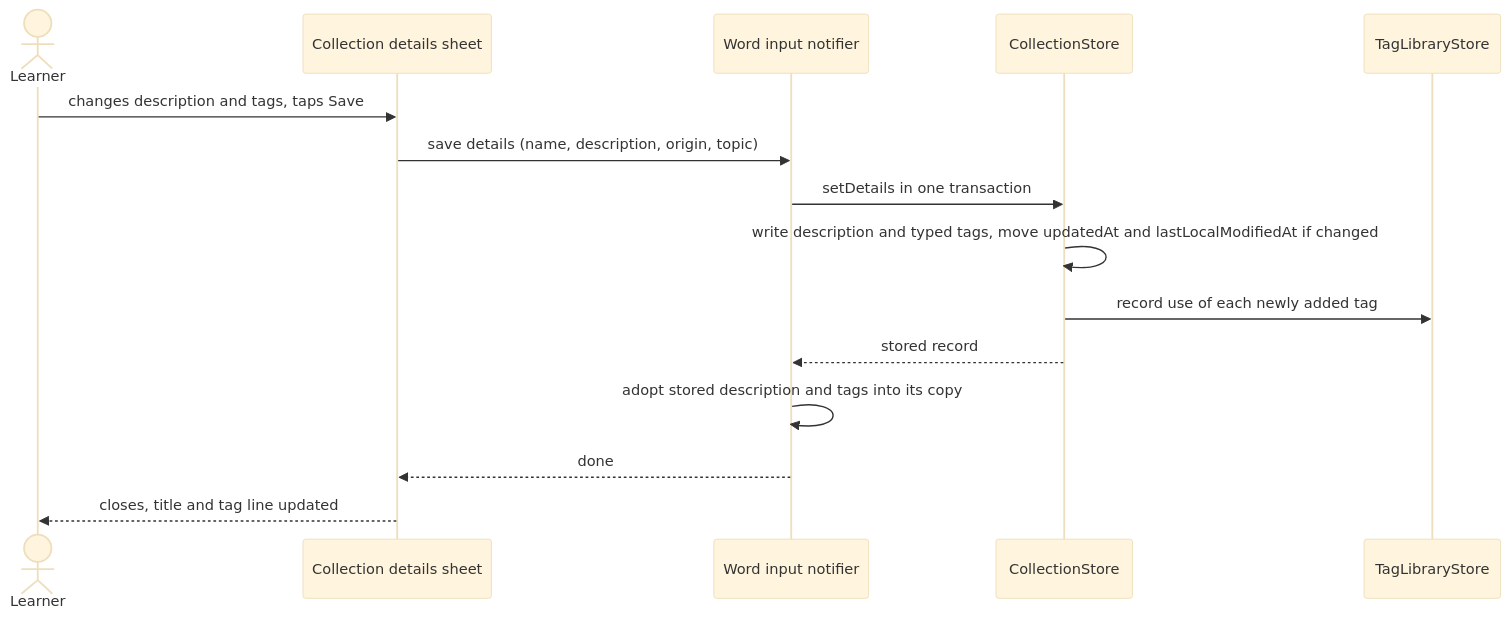
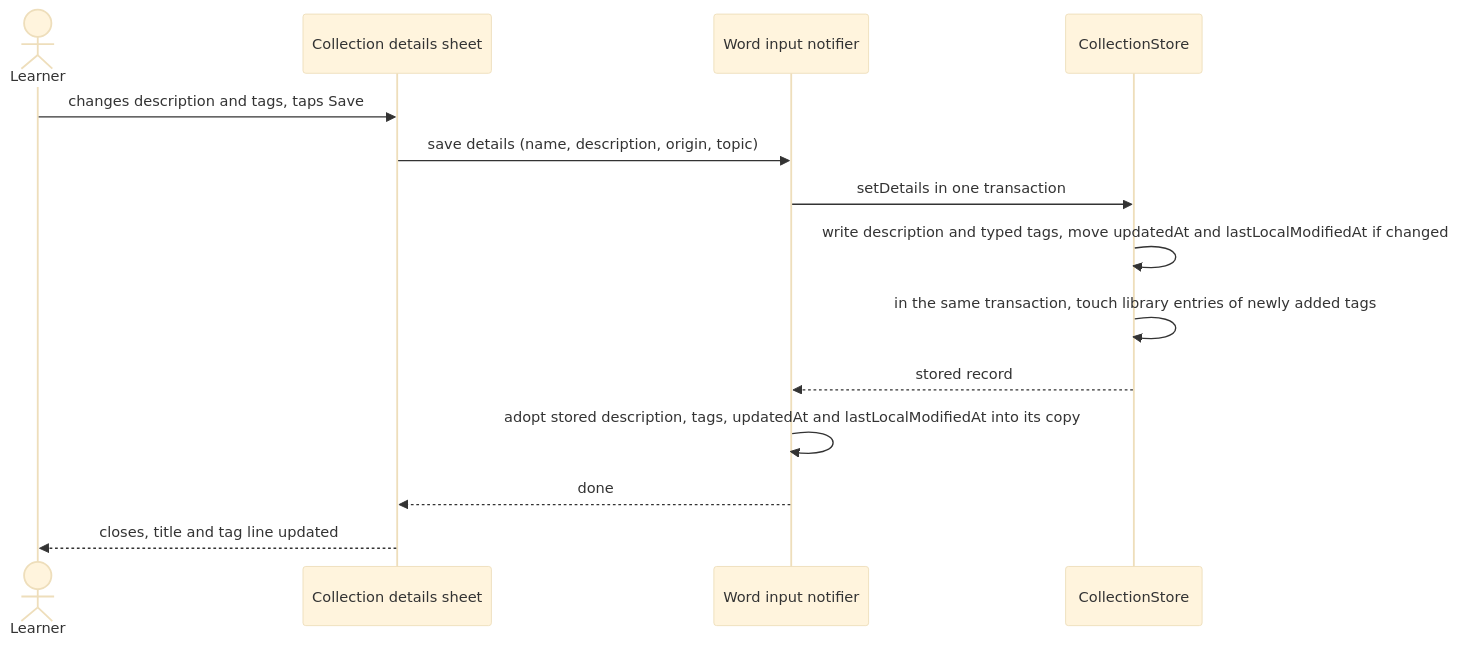
Before and after one commit to mlevytskiy/flutter_vocabulary_app: the third of 4 diagrams in docs/features/collection-tags/sad.md, drawn with Mermaid (base theme). The commit also changed other lines of this file and 5 other files, not shown here.

````diff
--- a/docs/features/collection-tags/sad.md
+++ b/docs/features/collection-tags/sad.md
@@ -170,17 +174,16 @@
 ```mermaid
 sequenceDiagram
     actor Learner
     participant Sheet as Collection details sheet
     participant Notifier as Word input notifier
     participant Store as CollectionStore
-    participant Library as TagLibraryStore
     Learner->>Sheet: changes description and tags, taps Save
     Sheet->>Notifier: save details (name, description, origin, topic)
     Notifier->>Store: setDetails in one transaction
     Store->>Store: write description and typed tags, move updatedAt and lastLocalModifiedAt if changed
-    Store->>Library: record use of each newly added tag
+    Store->>Store: in the same transaction, touch library entries of newly added tags
     Store-->>Notifier: stored record
-    Notifier->>Notifier: adopt stored description and tags into its copy
+    Notifier->>Notifier: adopt stored description, tags, updatedAt and lastLocalModifiedAt into its copy
     Notifier-->>Sheet: done
     Sheet-->>Learner: closes, title and tag line updated
 ```
````
